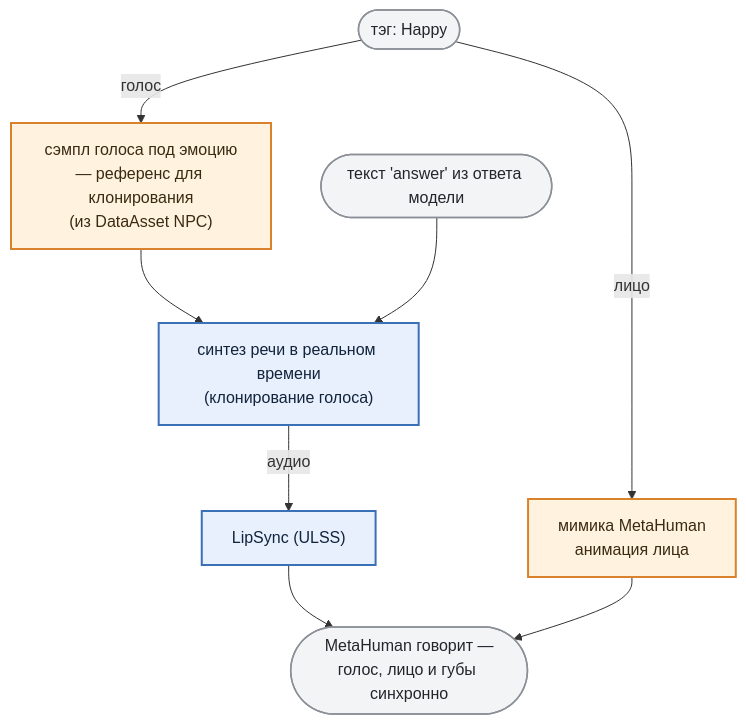
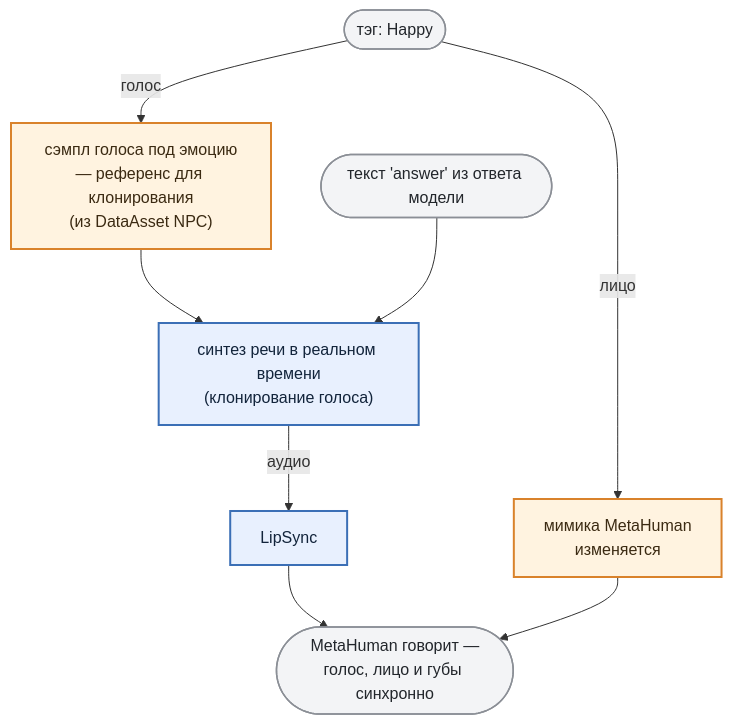
The second of 2 diagrams in docs/parts/section-03-emotions.md (MimusTriurus/ullama_demo), drawn with Mermaid before and after one commit. The commit also changed other lines of this file and 2 other files, not shown here.

````diff
--- a/docs/parts/section-03-emotions.md
+++ b/docs/parts/section-03-emotions.md
@@ -69,27 +55,27 @@
 ```mermaid
 flowchart TD
     TAG(["тэг: Happy"])
 
     SAMPLE["сэмпл голоса под эмоцию<br/>— референс для клонирования<br/>(из DataAsset NPC)"]
-    FACE["мимика MetaHuman<br/>анимация лица"]
+    FACE["мимика MetaHuman<br/>изменяется"]
 
     TTS["синтез речи в реальном времени<br/>(клонирование голоса)"]
-    LS["LipSync (ULSS)"]
+    LS["LipSync"]
     OUT(["MetaHuman говорит —<br/>голос, лицо и губы синхронно"])
 
     TAG -- голос --> SAMPLE
     TAG -- лицо --> FACE
     SAMPLE --> TTS
     ANSWER(["текст 'answer' из ответа модели"]) --> TTS
     TTS -- аудио --> LS
     LS --> OUT
     FACE --> OUT
 
     classDef state fill:#fff3e0,stroke:#d9822b,stroke-width:2px,color:#3b2a12
     classDef engine fill:#e8f0fe,stroke:#3b6fb6,stroke-width:2px,color:#12243b
     classDef edge fill:#f3f4f6,stroke:#8b8f96,stroke-width:1.5px,color:#22262b
 
     class SAMPLE,FACE state
     class TTS,LS engine
     class TAG,ANSWER,OUT edge
 ```
````
